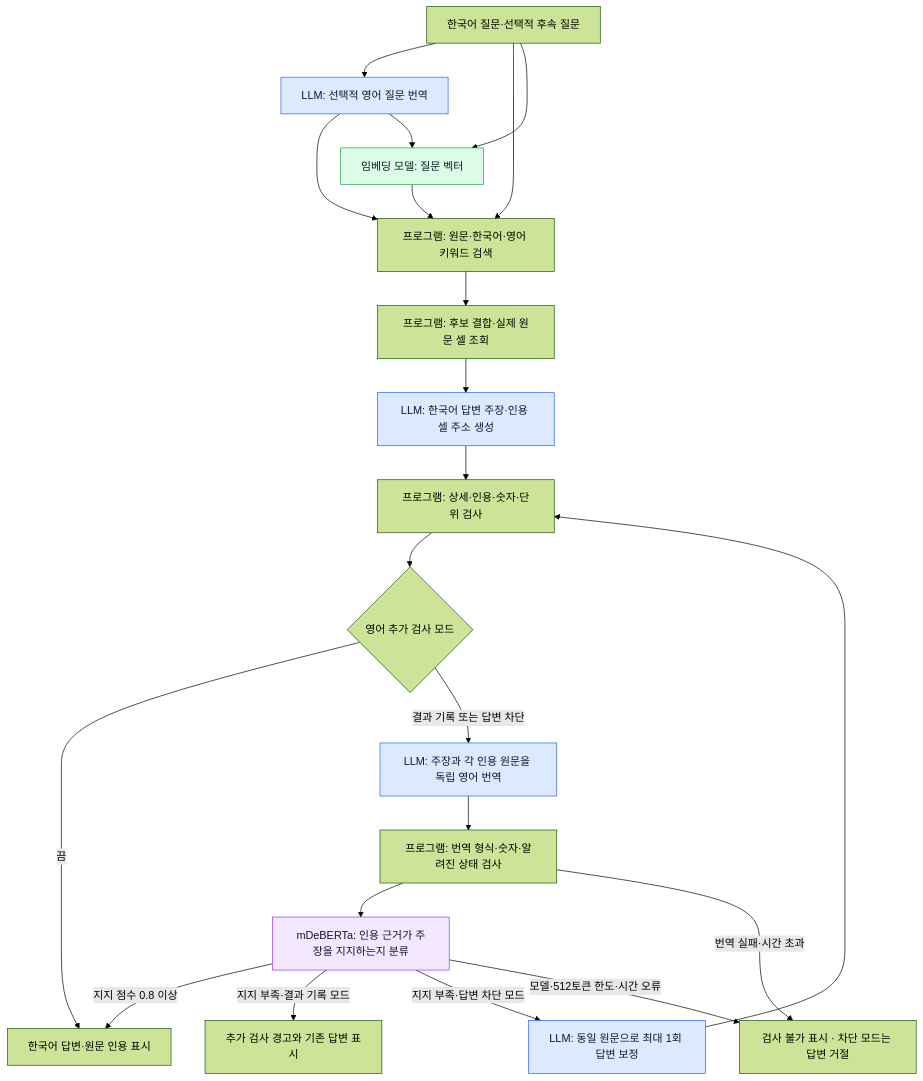
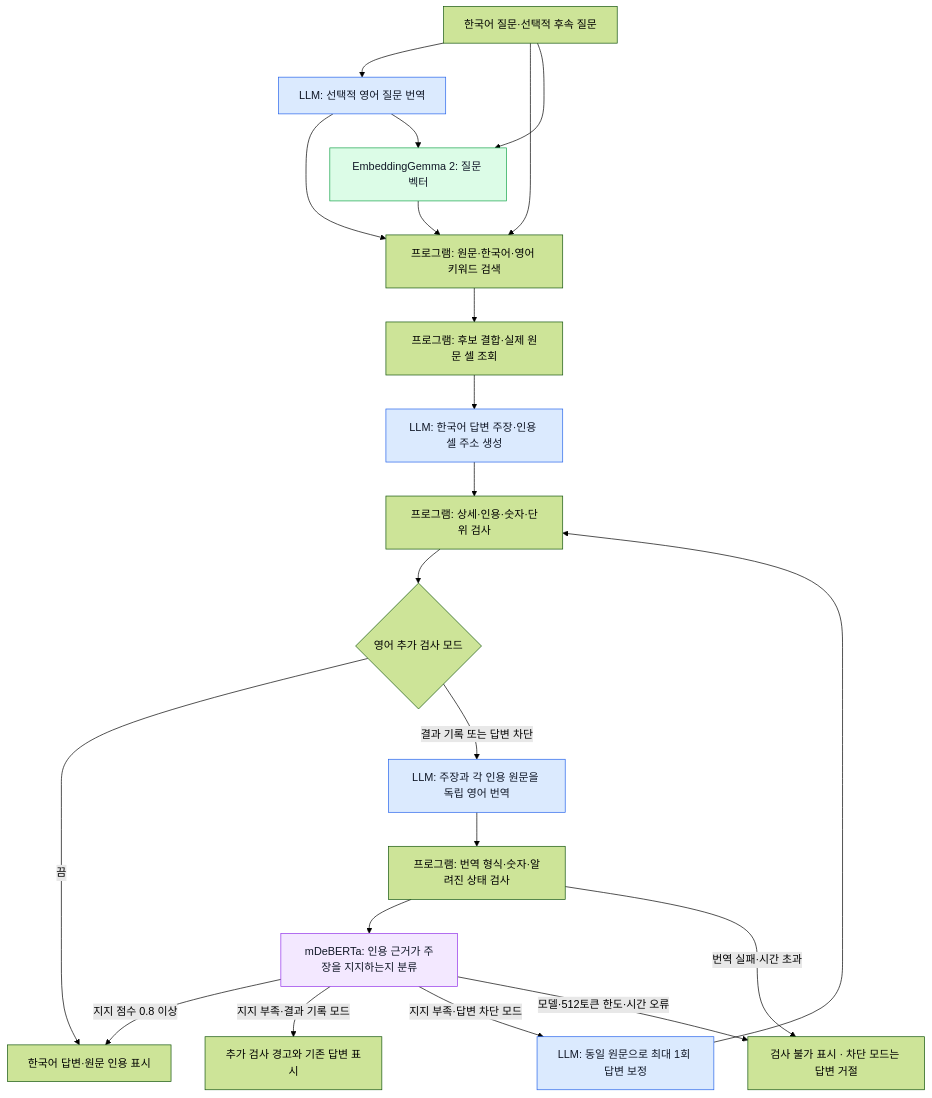
Before and after one commit to pmh10401/cs-excel-rag: the fifth of 26 diagrams in docs/전체-프로그램-플로우.md, drawn with Mermaid (forest theme). The commit also changed other lines of this file and 8 other files, not shown here.

Commit message:
Switch embedding defaults to EmbeddingGemma 2

````diff
--- a/docs/전체-프로그램-플로우.md
+++ b/docs/전체-프로그램-플로우.md
@@ -69,29 +92,29 @@
 ```mermaid
 flowchart TD
     Q[한국어 질문·선택적 후속 질문] --> QEN[LLM: 선택적 영어 질문 번역]
     Q --> SEARCH[프로그램: 원문·한국어·영어 키워드 검색]
     QEN --> SEARCH
-    Q --> QE[임베딩 모델: 질문 벡터]
+    Q --> QE[EmbeddingGemma 2: 질문 벡터]
     QEN --> QE
     QE --> SEARCH
     SEARCH --> RAW[프로그램: 후보 결합·실제 원문 셀 조회]
     RAW --> ANSWER[LLM: 한국어 답변 주장·인용 셀 주소 생성]
     ANSWER --> CHECK[프로그램: 상세·인용·숫자·단위 검사]
     CHECK --> MODE{영어 추가 검사 모드}
     MODE -->|끔| SHOW[한국어 답변·원문 인용 표시]
     MODE -->|결과 기록 또는 답변 차단| TRANS[LLM: 주장과 각 인용 원문을 독립 영어 번역]
     TRANS --> TV[프로그램: 번역 형식·숫자·알려진 상태 검사]
     TV --> NLI[mDeBERTa: 인용 근거가 주장을 지지하는지 분류]
     NLI -->|지지 점수 0.8 이상| SHOW
     NLI -->|지지 부족·결과 기록 모드| WARN[추가 검사 경고와 기존 답변 표시]
     NLI -->|지지 부족·답변 차단 모드| REPAIR[LLM: 동일 원문으로 최대 1회 답변 보정]
     REPAIR --> CHECK
     TV -->|번역 실패·시간 초과| ERROR[검사 불가 표시 · 차단 모드는 답변 거절]
     NLI -->|모델·512토큰 한도·시간 오류| ERROR
     classDef llm fill:#dbeafe,stroke:#2563eb,color:#111827
     classDef embedding fill:#dcfce7,stroke:#16a34a,color:#111827
     classDef nli fill:#f3e8ff,stroke:#9333ea,color:#111827
     class QEN,ANSWER,TRANS,REPAIR llm
     class QE embedding
     class NLI nli
 ```
````
